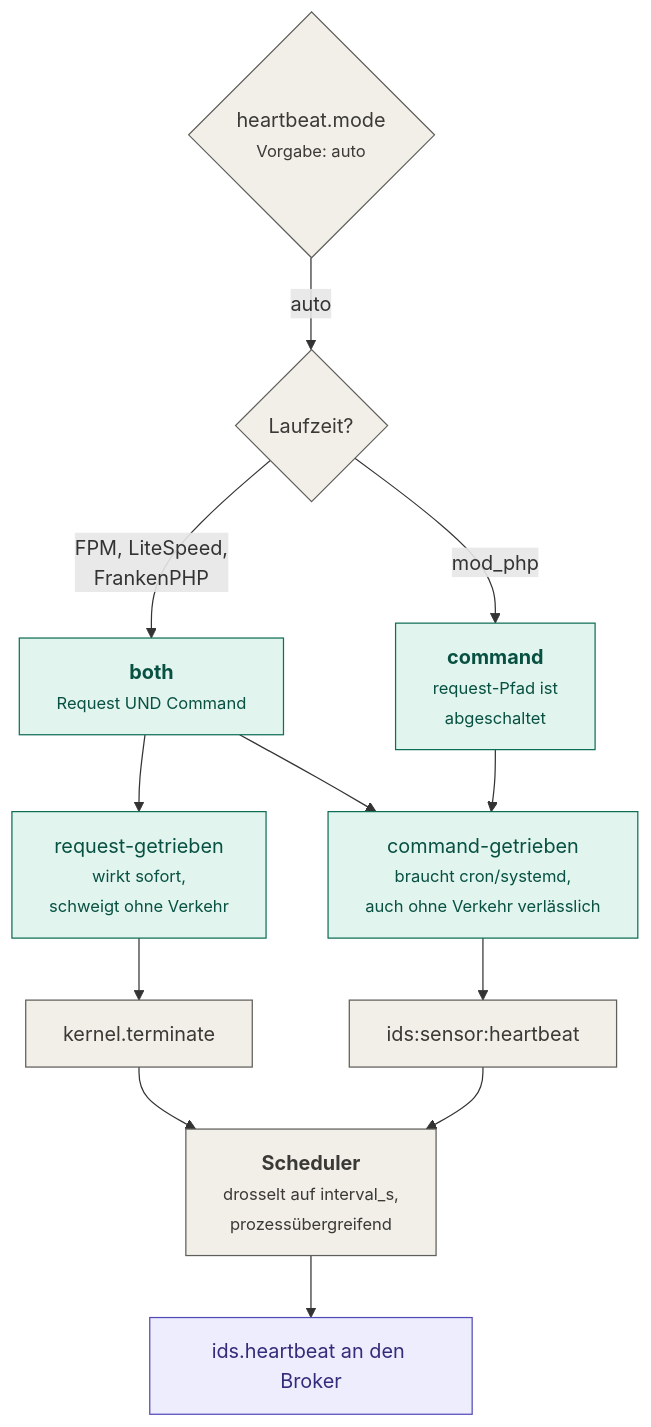
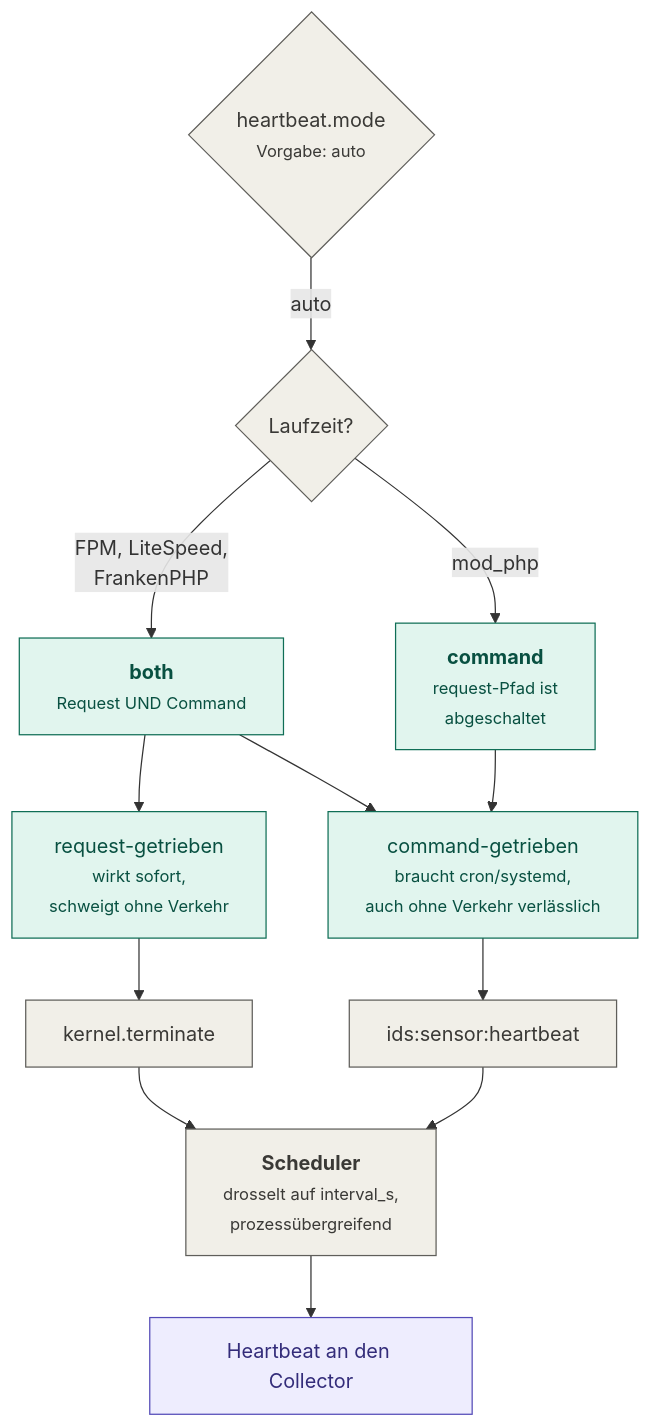
The diagram in doc/07-betrieb.md (projektmotor/ids-sensor-bundle), drawn with Mermaid before and after one commit. The commit also changed other lines of this file and 97 other files, not shown here.

First line of the commit message:
Umstellung auf REST-Transport und schema_version 2

````diff
--- a/doc/07-betrieb.md
+++ b/doc/07-betrieb.md
@@ -16,28 +16,28 @@
 ```mermaid
 flowchart TB
     mode{"heartbeat.mode<br/><small>Vorgabe: auto</small>"}
 
     mode -->|"auto"| rt{"Laufzeit?"}
     rt -->|"FPM, LiteSpeed,<br/>FrankenPHP"| both["`**both**<br/><small>Request UND Command</small>`"]
     rt -->|"mod_php"| cmdonly["`**command**<br/><small>request-Pfad ist<br/>abgeschaltet</small>`"]
 
     both --> reqpath["request-getrieben<br/><small>wirkt sofort,<br/>schweigt ohne Verkehr</small>"]
     both --> cmdpath["command-getrieben<br/><small>braucht cron/systemd,<br/>auch ohne Verkehr verlässlich</small>"]
     cmdonly --> cmdpath
 
     cmdpath --> cron["ids:sensor:heartbeat"]
     reqpath --> term["kernel.terminate"]
 
     cron --> sched
     term --> sched
     sched["`**Scheduler**<br/><small>drosselt auf interval_s,<br/>prozessübergreifend</small>`"]
-    sched --> send["ids.heartbeat an den Broker"]
+    sched --> send["Heartbeat an den Collector"]
 
     classDef capture fill:#E1F5EE,stroke:#0F6E56,color:#085041
     classDef transport fill:#F1EFE8,stroke:#5F5E5A,color:#3A3936
     classDef data fill:#EEEDFE,stroke:#534AB7,color:#332C7A
     class mode,rt transport
     class both,cmdonly,reqpath,cmdpath capture
     class sched,cron,term transport
     class send data
 ```
````
